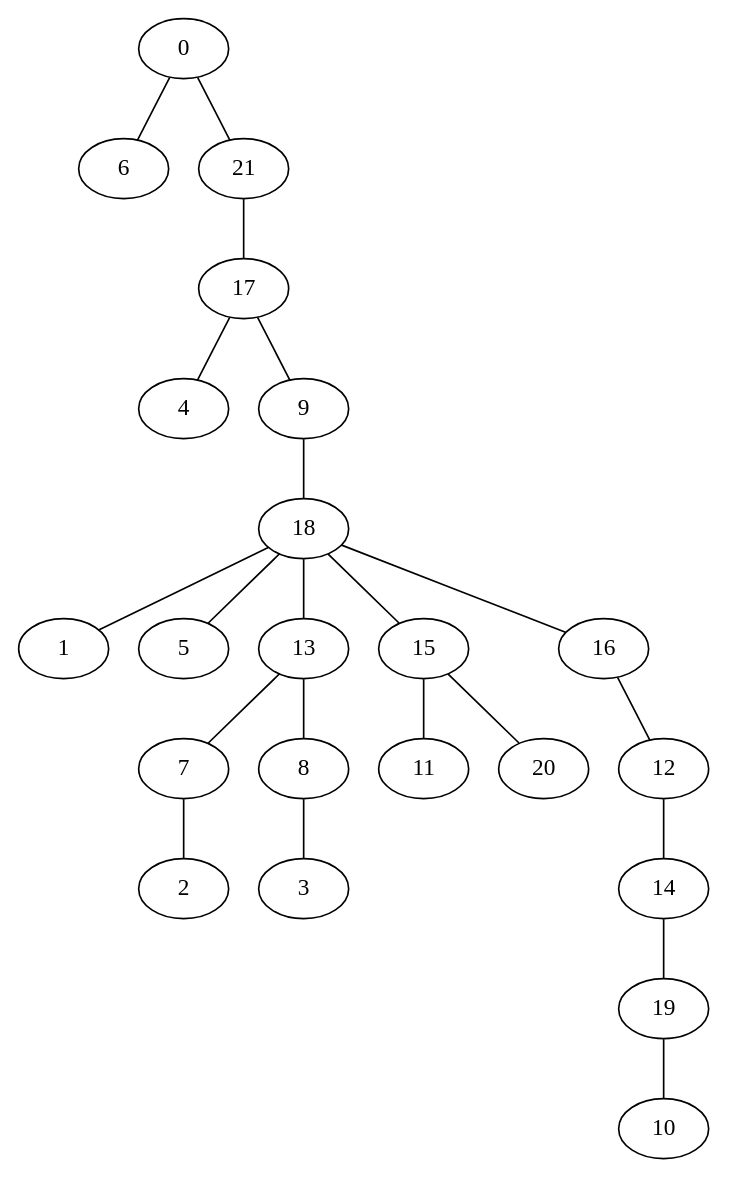
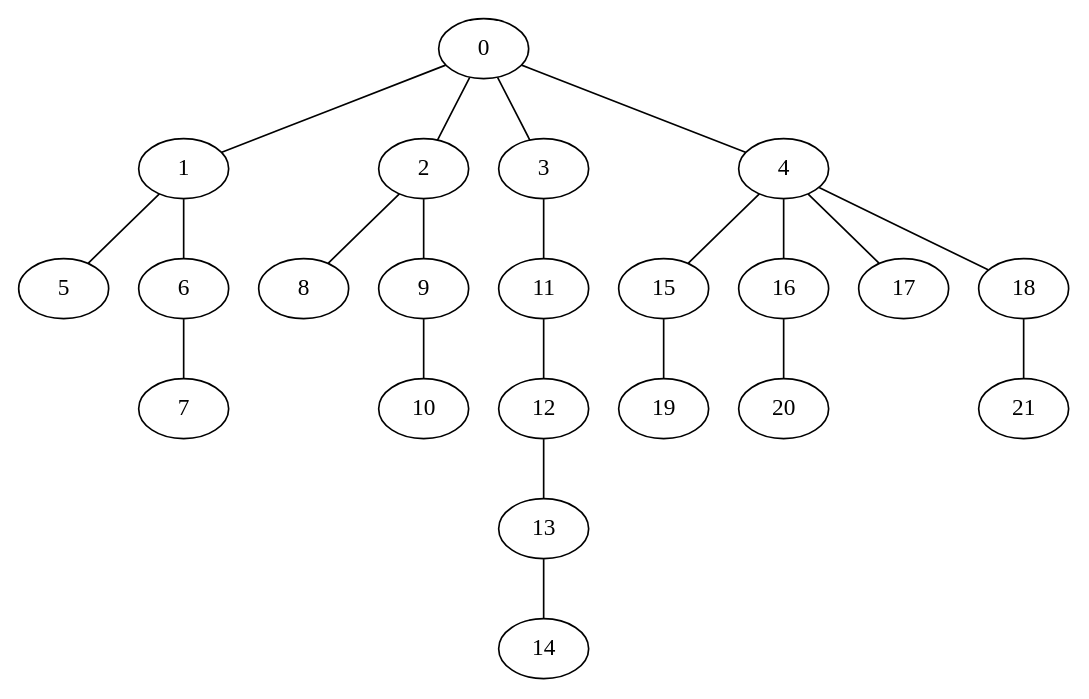
The diagram in pygrapghviz.dot (VillegasGG/greedy-firefighter-problem), drawn with Graphviz before and after one commit. The commit also changed 3 other files, not shown here.

```diff
--- a/pygrapghviz.dot
+++ b/pygrapghviz.dot
@@ -1,23 +1,23 @@
 strict graph "" {
-	0 -- 6;
-	0 -- 21;
-	21 -- 17;
-	17 -- 4;
-	17 -- 9;
-	9 -- 18;
-	18 -- 1;
-	18 -- 5;
-	18 -- 13;
-	18 -- 15;
-	18 -- 16;
-	13 -- 7;
-	13 -- 8;
-	15 -- 11;
-	15 -- 20;
-	16 -- 12;
-	12 -- 14;
-	14 -- 19;
-	19 -- 10;
-	7 -- 2;
-	8 -- 3;
+	0 -- 1;
+	0 -- 2;
+	0 -- 3;
+	0 -- 4;
+	1 -- 5;
+	1 -- 6;
+	2 -- 8;
+	2 -- 9;
+	3 -- 11;
+	4 -- 15;
+	4 -- 16;
+	4 -- 17;
+	4 -- 18;
+	15 -- 19;
+	16 -- 20;
+	18 -- 21;
+	11 -- 12;
+	12 -- 13;
+	13 -- 14;
+	9 -- 10;
+	6 -- 7;
 }
```
